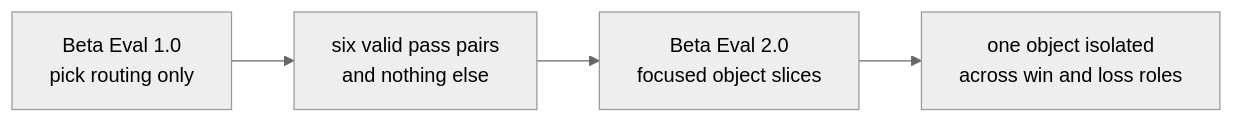
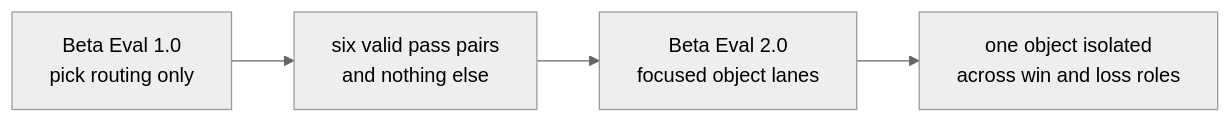
The diagram in docs/research/README.md (tryskian/scorey), drawn with Mermaid (neutral theme) before and after one commit. The commit also changed other lines of this file and 7 other files, not shown here.

````diff
--- a/docs/research/README.md
+++ b/docs/research/README.md
@@ -61,10 +64,10 @@
 ```mermaid
 flowchart LR
   B1["Beta Eval 1.0<br/>pick routing only"]
-  B2["Beta Eval 2.0<br/>focused object slices"]
+  B2["Beta Eval 2.0<br/>focused object lanes"]
 
   S1["six valid pass pairs<br/>and nothing else"]
   S2["one object isolated<br/>across win and loss roles"]
 
   B1 --> S1 --> B2 --> S2
 ```
````
